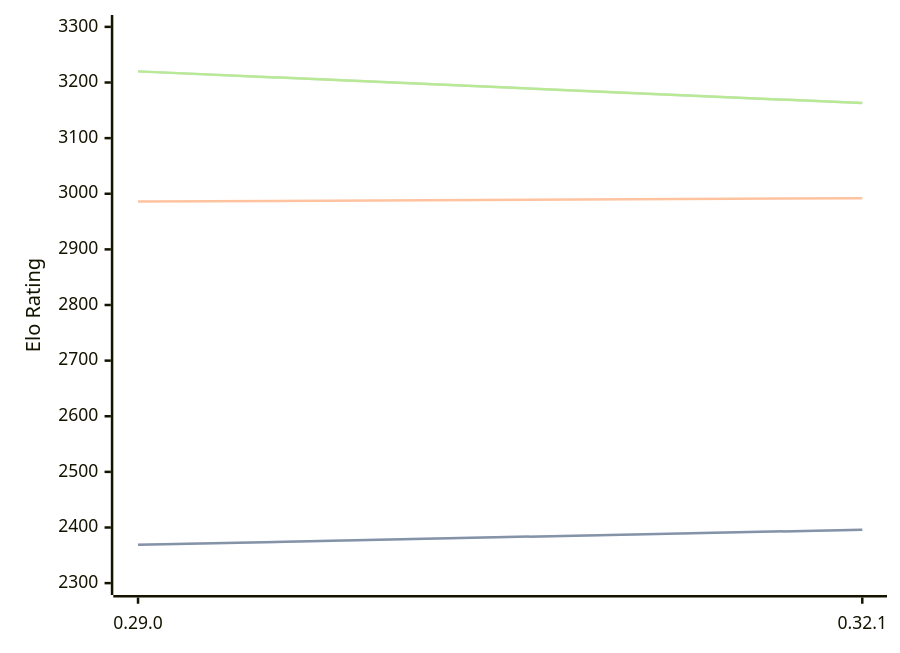
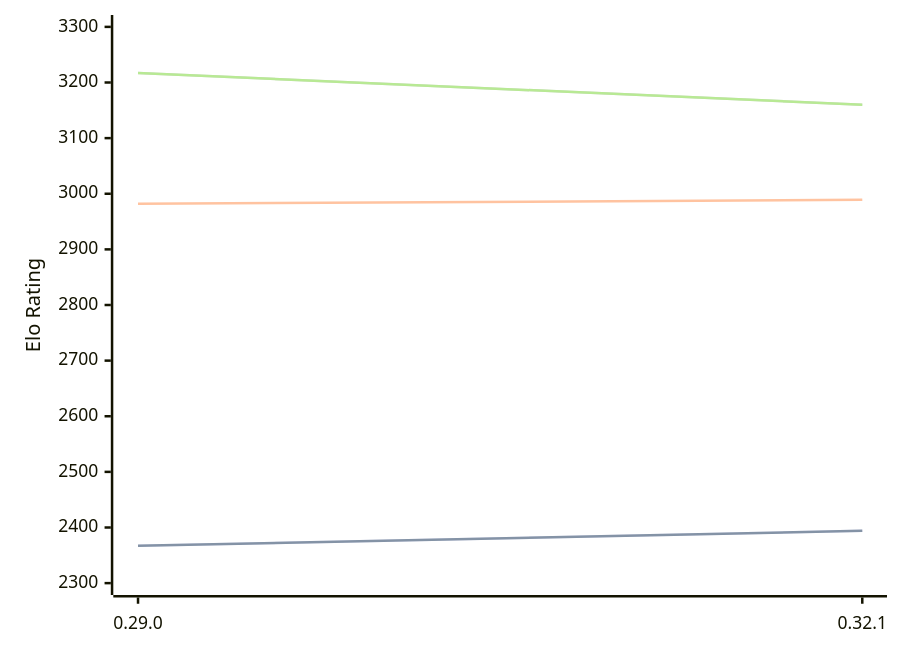
The diagram in engines/Lc0.md (computer-chess-index/cci), drawn with Mermaid before and after one commit. The commit also changed other lines of this file, not shown here.

Commit message:
Update CCI Ratings (ELO VLTC) - 2026-08-12

````diff
--- a/engines/Lc0.md
+++ b/engines/Lc0.md
@@ -32,11 +32,11 @@
 ```mermaid
 %%{init: {"theme":"base","themeVariables":{"seriesColors:['#a3a3a3','#222221','#faa371']}}}%%
 xychart-beta
   x-axis ["0.29.0", "0.32.1"]
   y-axis "Elo Rating" 2300 --> 3300
-  line "STC (8.0+0.08s)" [2369, 2396]
-  line "STC (8.0+0.08s)" [2369, 2396]
-  line "LTC (60.0+0.60s)" [2986, 2992]
-  line "VLTC (2m24s+1.12s)" [3220, 3163]
-  line "VLTC (2m24s+1.12s)" [3220, 3163]
+  line "STC (8.0+0.08s)" [2367, 2394]
+  line "STC (8.0+0.08s)" [2367, 2394]
+  line "LTC (60.0+0.60s)" [2982, 2989]
+  line "VLTC (2m24s+1.12s)" [3217, 3160]
+  line "VLTC (2m24s+1.12s)" [3217, 3160]
 ```
````
